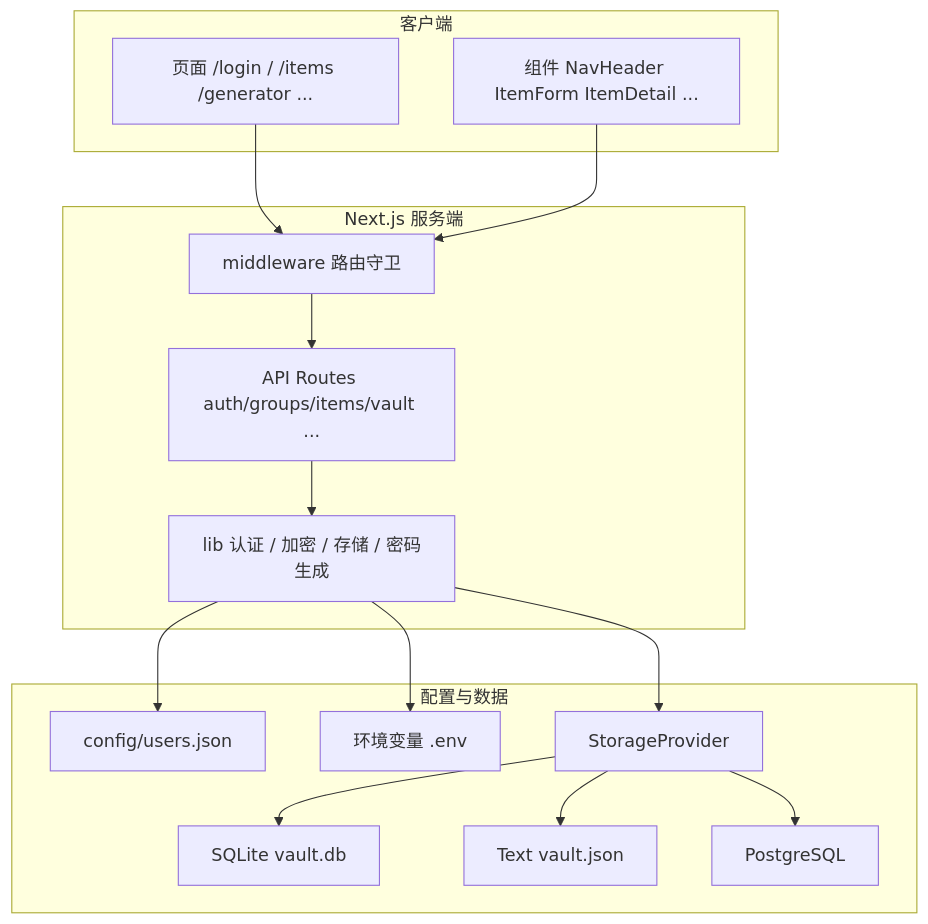
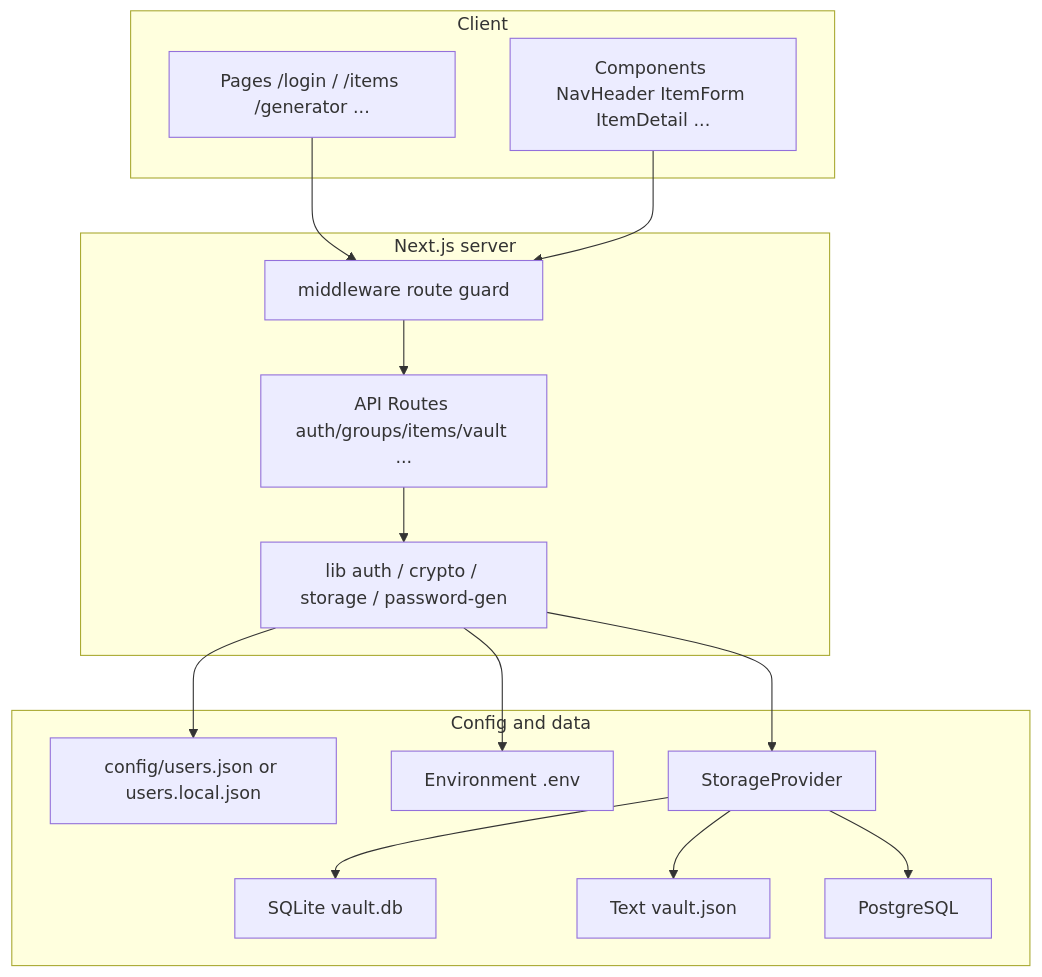
The first of 5 diagrams in WIKI.md (dinghongfei/LockPass), drawn with Mermaid before and after one commit. The commit also changed other lines of this file and 3 other files, not shown here.

````diff
--- a/WIKI.md
+++ b/WIKI.md
@@ -42,33 +44,33 @@
 ```mermaid
 flowchart TB
-    subgraph client [客户端]
-        Pages["页面 /login / /items /generator ..."]
-        Components["组件 NavHeader ItemForm ItemDetail ..."]
+    subgraph client [Client]
+        Pages["Pages /login / /items /generator ..."]
+        Components["Components NavHeader ItemForm ItemDetail ..."]
     end
 
-    subgraph nextjs [Next.js 服务端]
-        MW["middleware 路由守卫"]
+    subgraph nextjs [Next.js server]
+        MW["middleware route guard"]
         API["API Routes auth/groups/items/vault ..."]
-        Lib["lib 认证 / 加密 / 存储 / 密码生成"]
+        Lib["lib auth / crypto / storage / password-gen"]
     end
 
-    subgraph data [配置与数据]
-        Users["config/users.json"]
-        Env["环境变量 .env"]
+    subgraph data [Config and data]
+        Users["config/users.json or users.local.json"]
+        Env["Environment .env"]
         Store["StorageProvider"]
         B1["SQLite vault.db"]
         B2["Text vault.json"]
         B3["PostgreSQL"]
     end
 
     Pages --> MW
     Components --> MW
     MW --> API
     API --> Lib
     Lib --> Users
     Lib --> Env
     Lib --> Store
     Store --> B1
     Store --> B2
     Store --> B3
 ```
````
